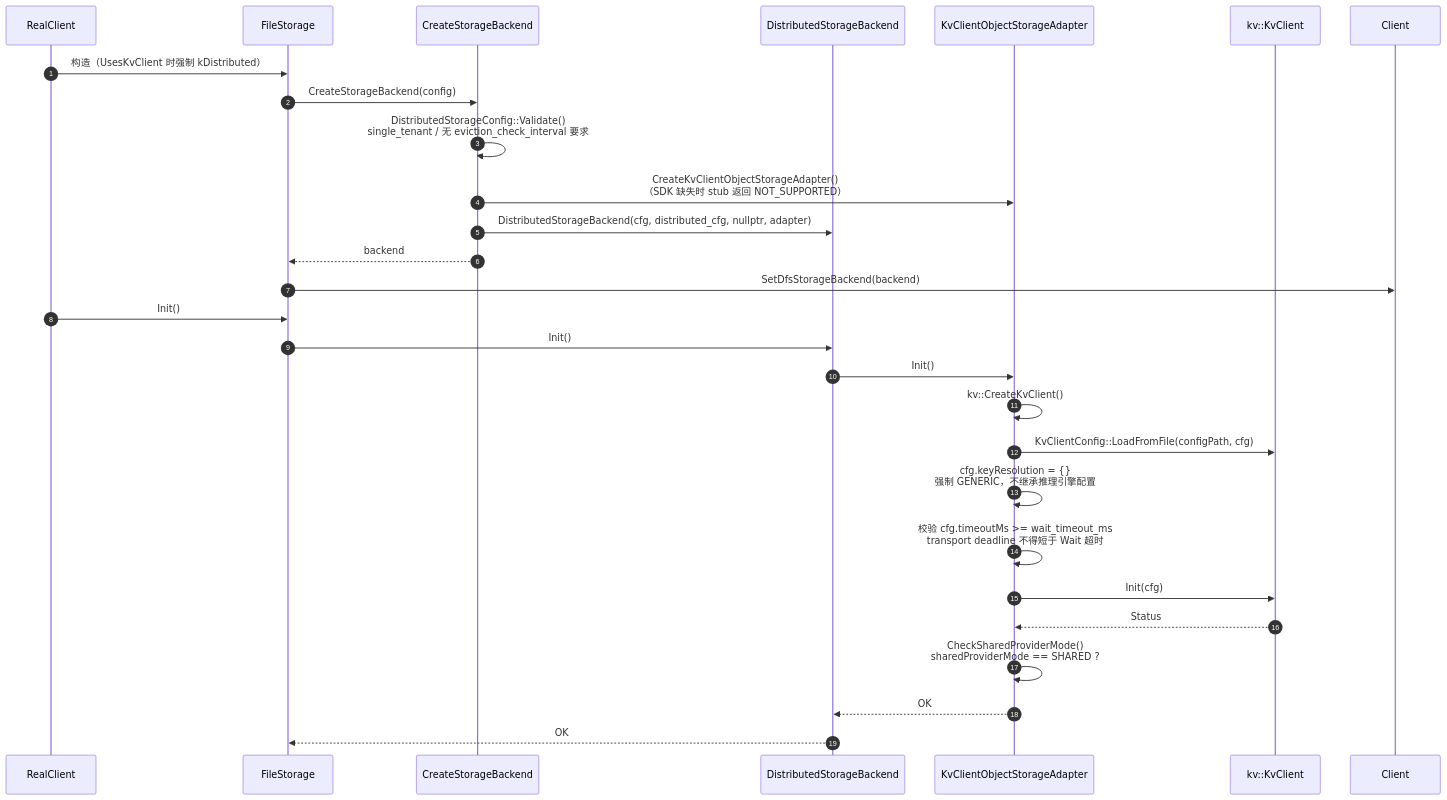
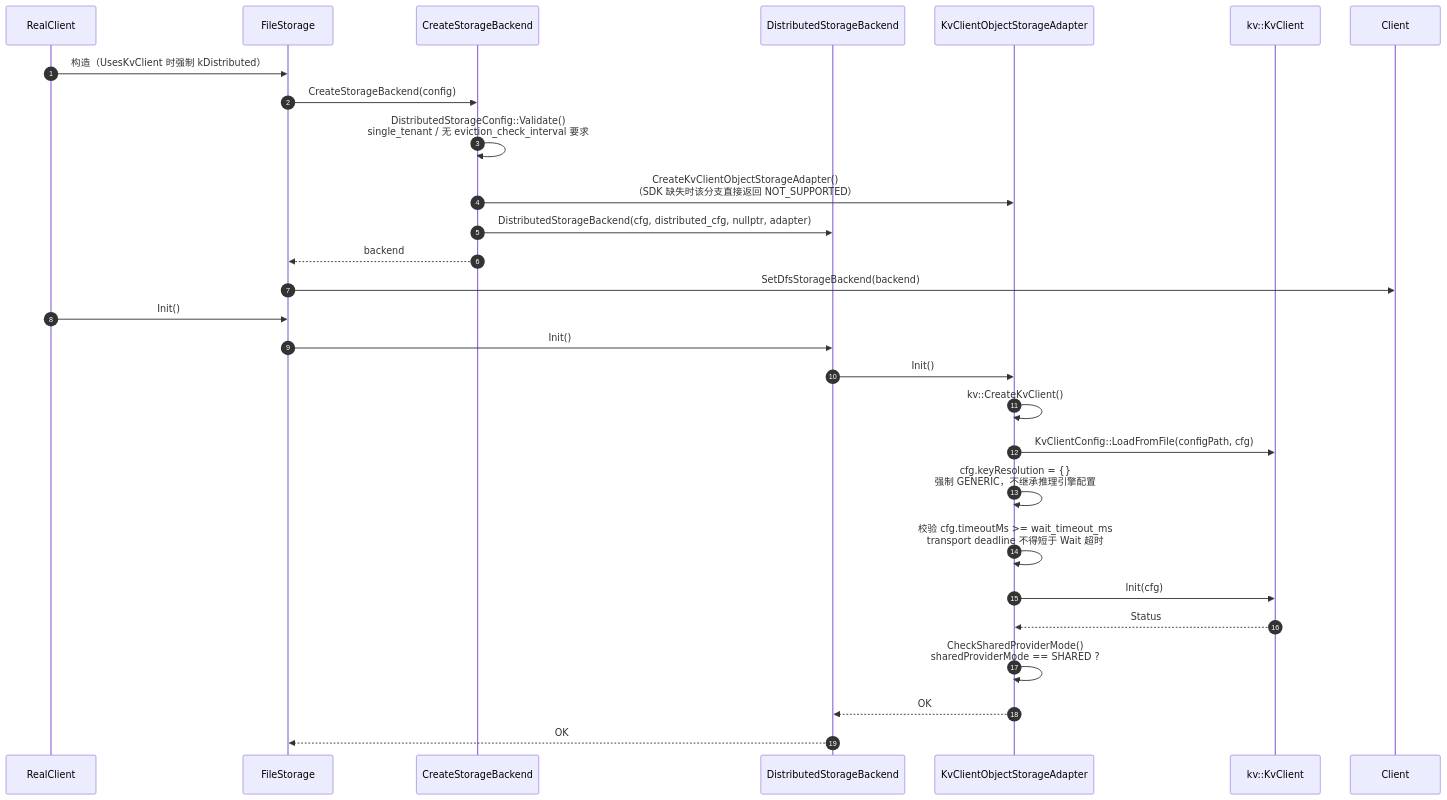
The eighth of 13 diagrams in Mooncake + KVClient L3 接入（Kvcs）- v3.md (zwj20000328-dotcom/Mooncake-documents), drawn with Mermaid before and after one commit. The commit also changed other lines of this file and 1 other file, not shown here.

Commit message:
docs: drop the kvclient backend stub TU in favour of an ifdef factory branch

````diff
--- a/Mooncake + KVClient L3 接入（Kvcs）- v3.md
+++ b/Mooncake + KVClient L3 接入（Kvcs）- v3.md
@@ -561,31 +561,31 @@
 ```mermaid
 sequenceDiagram
     autonumber
     participant RC as RealClient
     participant FS as FileStorage
     participant F as CreateStorageBackend
     participant BE as DistributedStorageBackend
     participant AD as KvClientObjectStorageAdapter
     participant SDK as kv::KvClient
     participant C as Client
 
     RC->>FS: 构造（UsesKvClient 时强制 kDistributed）
     FS->>F: CreateStorageBackend(config)
     F->>F: DistributedStorageConfig::Validate()<br/>single_tenant / 无 eviction_check_interval 要求
-    F->>AD: CreateKvClientObjectStorageAdapter()<br/>（SDK 缺失时 stub 返回 NOT_SUPPORTED）
+    F->>AD: CreateKvClientObjectStorageAdapter()<br/>（SDK 缺失时该分支直接返回 NOT_SUPPORTED）
     F->>BE: DistributedStorageBackend(cfg, distributed_cfg, nullptr, adapter)
     F-->>FS: backend
     FS->>C: SetDfsStorageBackend(backend)
     RC->>FS: Init()
     FS->>BE: Init()
     BE->>AD: Init()
     AD->>AD: kv::CreateKvClient()
     AD->>SDK: KvClientConfig::LoadFromFile(configPath, cfg)
     AD->>AD: cfg.keyResolution = {}<br/>强制 GENERIC，不继承推理引擎配置
     AD->>AD: 校验 cfg.timeoutMs >= wait_timeout_ms<br/>transport deadline 不得短于 Wait 超时
     AD->>SDK: Init(cfg)
     SDK-->>AD: Status
     AD->>AD: CheckSharedProviderMode()<br/>sharedProviderMode == SHARED ?
     AD-->>BE: OK
     BE-->>FS: OK
 ```
````
